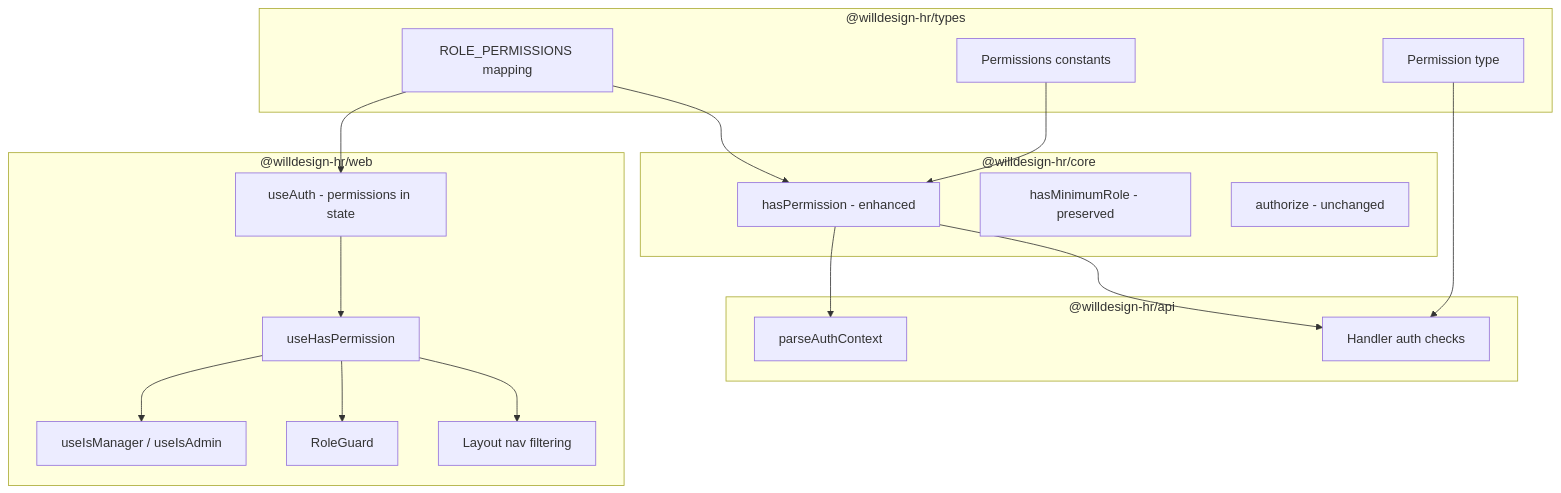
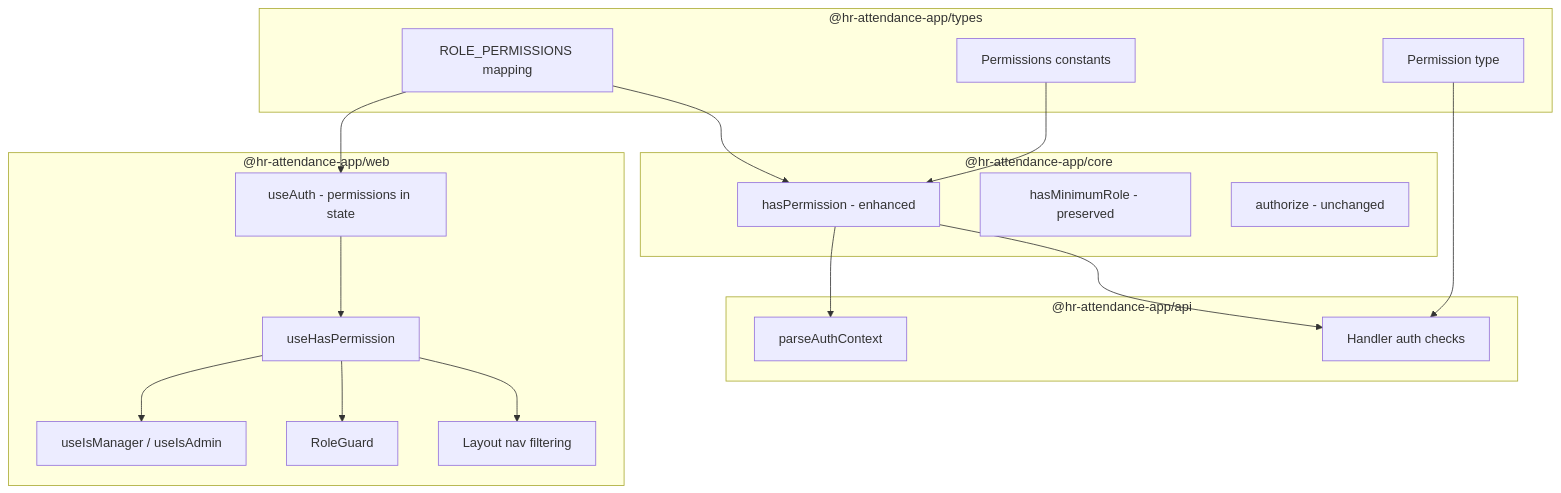
The first of 3 diagrams in .kiro/specs/permission-rbac/design.md (subash1999/hr-attendance-app), drawn with Mermaid before and after one commit. The commit also changed other lines of this file and 10 other files, not shown here.

````diff
--- a/.kiro/specs/permission-rbac/design.md
+++ b/.kiro/specs/permission-rbac/design.md
@@ -40,38 +40,38 @@
 ```mermaid
 graph TB
-    subgraph Types["@willdesign-hr/types"]
+    subgraph Types["@hr-attendance-app/types"]
         Perms[Permissions constants]
         RolePerms[ROLE_PERMISSIONS mapping]
         PermType[Permission type]
     end
 
-    subgraph Core["@willdesign-hr/core"]
+    subgraph Core["@hr-attendance-app/core"]
         Engine[hasPermission - enhanced]
         Legacy[hasMinimumRole - preserved]
         ABAC[authorize - unchanged]
     end
 
-    subgraph API["@willdesign-hr/api"]
+    subgraph API["@hr-attendance-app/api"]
         Parse[parseAuthContext]
         Handlers[Handler auth checks]
     end
 
-    subgraph Web["@willdesign-hr/web"]
+    subgraph Web["@hr-attendance-app/web"]
         AuthHook[useAuth - permissions in state]
         PermHook[useHasPermission]
         RoleHook[useIsManager / useIsAdmin]
         Guard[RoleGuard]
         Nav[Layout nav filtering]
     end
 
     Perms --> Engine
     RolePerms --> Engine
     RolePerms --> AuthHook
     PermType --> Handlers
     Engine --> Handlers
     Engine --> Parse
     AuthHook --> PermHook
     PermHook --> RoleHook
     PermHook --> Guard
     PermHook --> Nav
 ```
````
